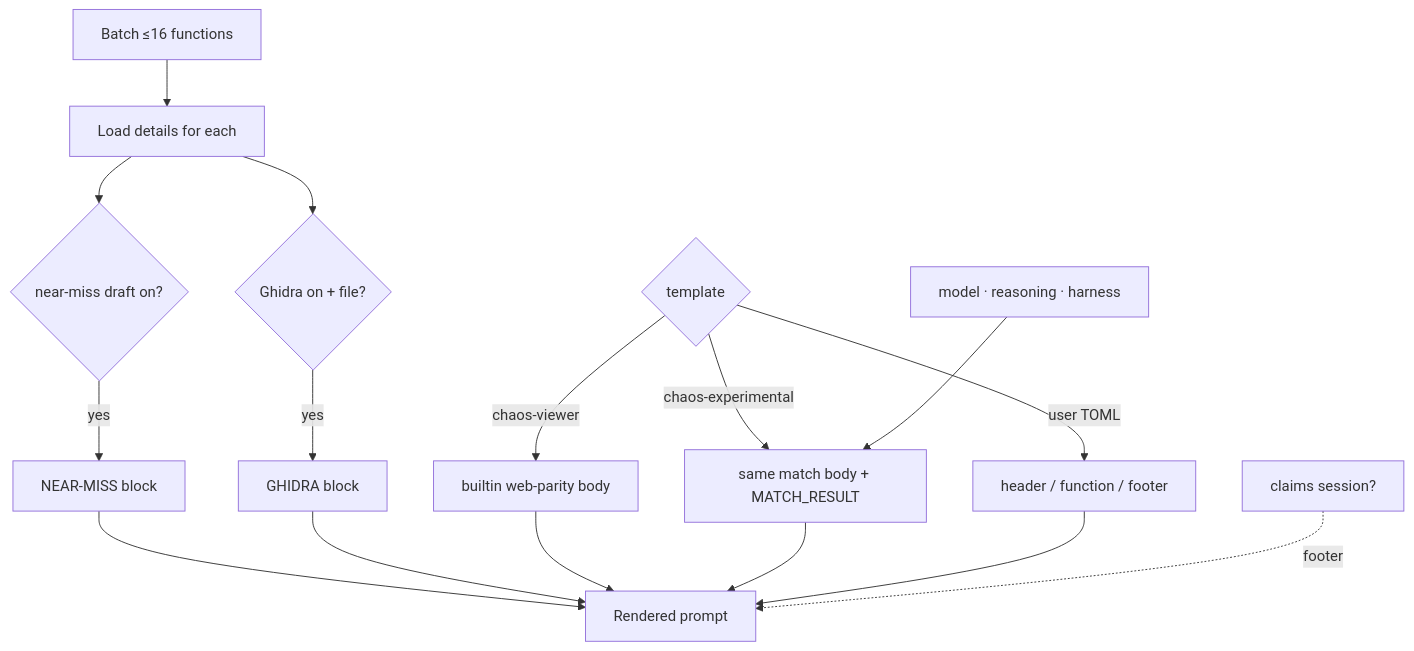
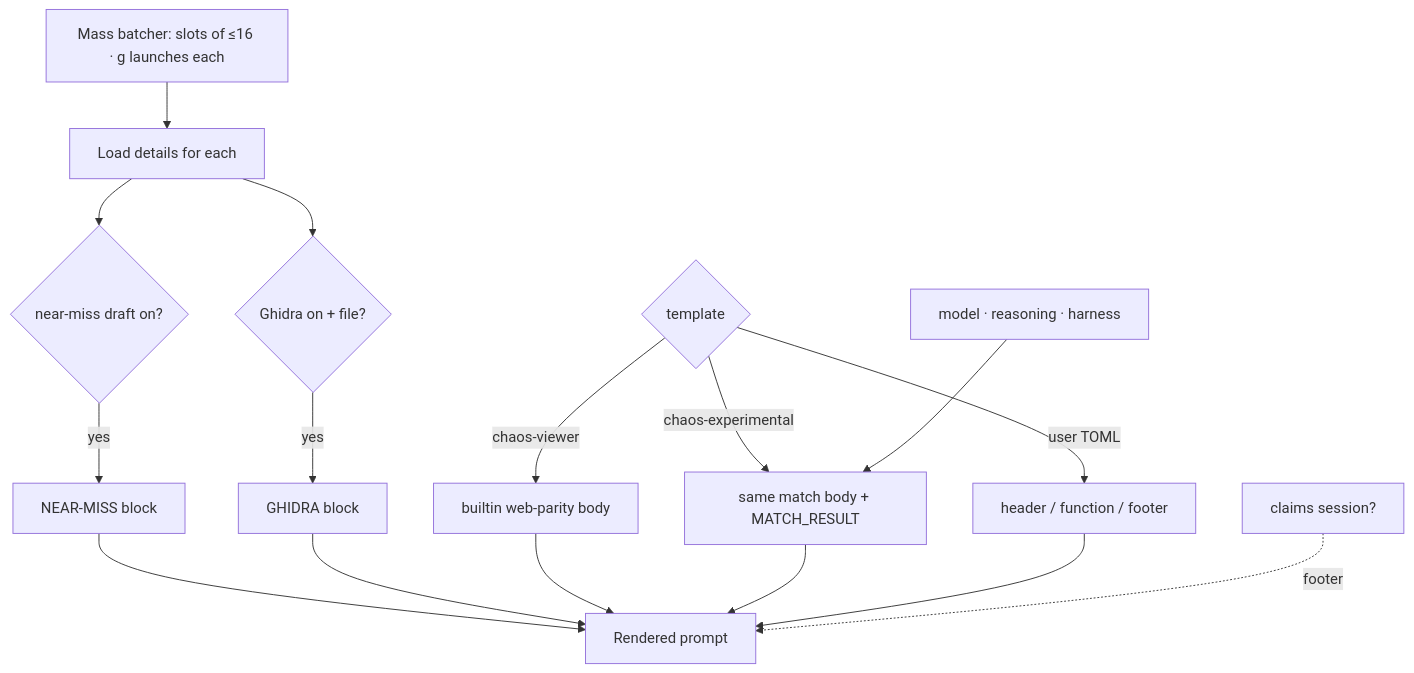
The fifth of 8 diagrams in docs/architecture.md (lunavyqo/chaos-viewer-cli), drawn with Mermaid before and after one commit. The commit also changed 6 other files, not shown here.

First line of the commit message:
feat(tui): mass batcher with multi-window agent launch

````diff
--- a/docs/architecture.md
+++ b/docs/architecture.md
@@ -253,19 +253,19 @@
 ```mermaid
 flowchart TB
-  BATCH2["Batch ≤16 functions"] --> DET["Load details for each"]
+  BATCH2["Mass batcher: slots of ≤16 · g launches each"] --> DET["Load details for each"]
   DET --> DRAFT{"near-miss draft on?"}
   DET --> GH{"Ghidra on + file?"}
   DRAFT -->|yes| NM["NEAR-MISS block"]
   GH -->|yes| GD["GHIDRA block"]
   TPL2{"template"}
   TPL2 -->|chaos-viewer| BV["builtin web-parity body"]
   TPL2 -->|chaos-experimental| EX["same match body + MATCH_RESULT"]
   TPL2 -->|user TOML| UT["header / function / footer"]
   NM --> OUT["Rendered prompt"]
   GD --> OUT
   BV --> OUT
   EX --> OUT
   UT --> OUT
   PROV["model · reasoning · harness"] --> EX
   CLAIMS3["claims session?"] -.->|footer| OUT
 ```
````
